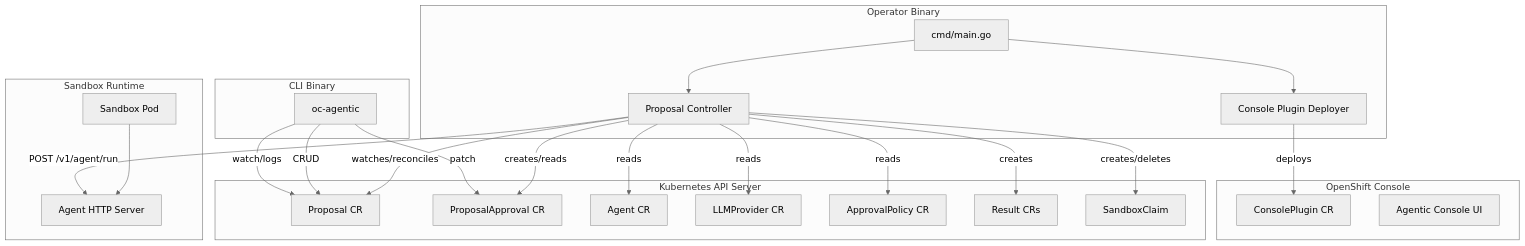
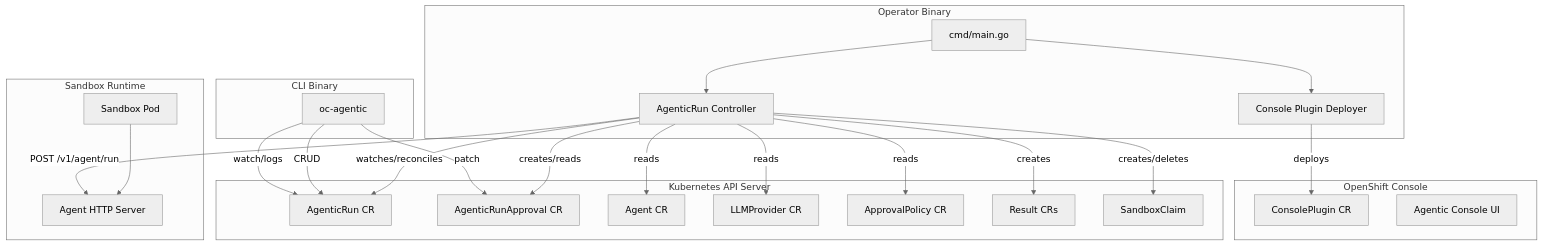
The first of 4 diagrams in ARCHITECTURE.md (raptorsun/lightspeed-agentic-operator), drawn with Mermaid (neutral theme) before and after one commit. The commit also changed other lines of this file and 223 other files, not shown here.

First line of the commit message:
OLS-3475: rename Proposal CRD to AgenticRun

````diff
--- a/ARCHITECTURE.md
+++ b/ARCHITECTURE.md
@@ -7,48 +7,48 @@
 ```mermaid
 graph TB
     subgraph "Operator Binary"
         MC[cmd/main.go]
-        PC[Proposal Controller]
+        PC[AgenticRun Controller]
         CC[Console Plugin Deployer]
         MC --> PC
         MC --> CC
     end
 
     subgraph "CLI Binary"
         CLI[oc-agentic]
     end
 
     subgraph "Kubernetes API Server"
-        P[Proposal CR]
-        PA[ProposalApproval CR]
+        P[AgenticRun CR]
+        PA[AgenticRunApproval CR]
         AG[Agent CR]
         LP[LLMProvider CR]
         AP[ApprovalPolicy CR]
         RES[Result CRs]
         SC[SandboxClaim]
     end
 
     subgraph "Sandbox Runtime"
         SB[Sandbox Pod]
         AGENT[Agent HTTP Server]
         SB --> AGENT
     end
 
     subgraph "OpenShift Console"
         CP[ConsolePlugin CR]
         UI[Agentic Console UI]
     end
 
     PC -->|watches/reconciles| P
     PC -->|creates/reads| PA
     PC -->|reads| AG
     PC -->|reads| LP
     PC -->|reads| AP
     PC -->|creates| RES
     PC -->|creates/deletes| SC
     PC -->|POST /v1/agent/run| AGENT
     CC -->|deploys| CP
     CLI -->|CRUD| P
     CLI -->|patch| PA
     CLI -->|watch/logs| P
 ```
````
